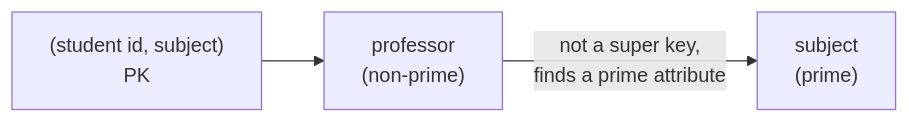
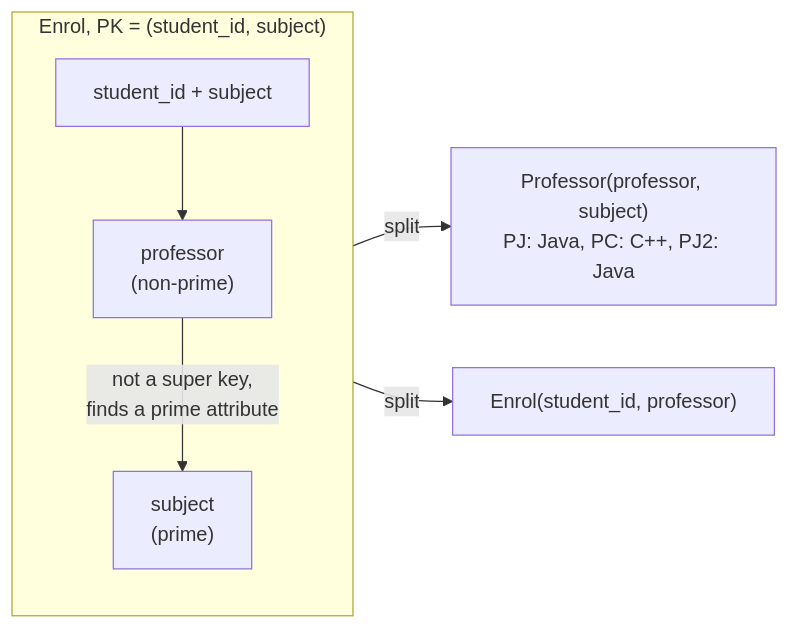
Before and after one commit to aaryan-pradhan/core-cs-fundamentals: the seventh of 8 diagrams in dbms/11-normalisation.md, drawn with Mermaid. The commit also changed other lines of this file, not shown here.

````diff
--- a/dbms/11-normalisation.md
+++ b/dbms/11-normalisation.md
@@ -262,5 +144,9 @@
-         ```mermaid
-         flowchart LR
-           K["(student id, subject)<br/>PK"] --> P["professor<br/>(non-prime)"]
-           P -- "not a super key,<br/>finds a prime attribute" --> S["subject<br/>(prime)"]
-         ```
+```mermaid
+flowchart LR
+  subgraph BEFORE["Enrol, PK = (student_id, subject)"]
+    K["student_id + subject"] --> P["professor<br/>(non-prime)"]
+    P -- "not a super key,<br/>finds a prime attribute" --> S["subject<br/>(prime)"]
+  end
+  BEFORE -- "split" --> T1["Professor(professor, subject)<br/>PJ: Java, PC: C++, PJ2: Java"]
+  BEFORE -- "split" --> T2["Enrol(student_id, professor)"]
+```
````
